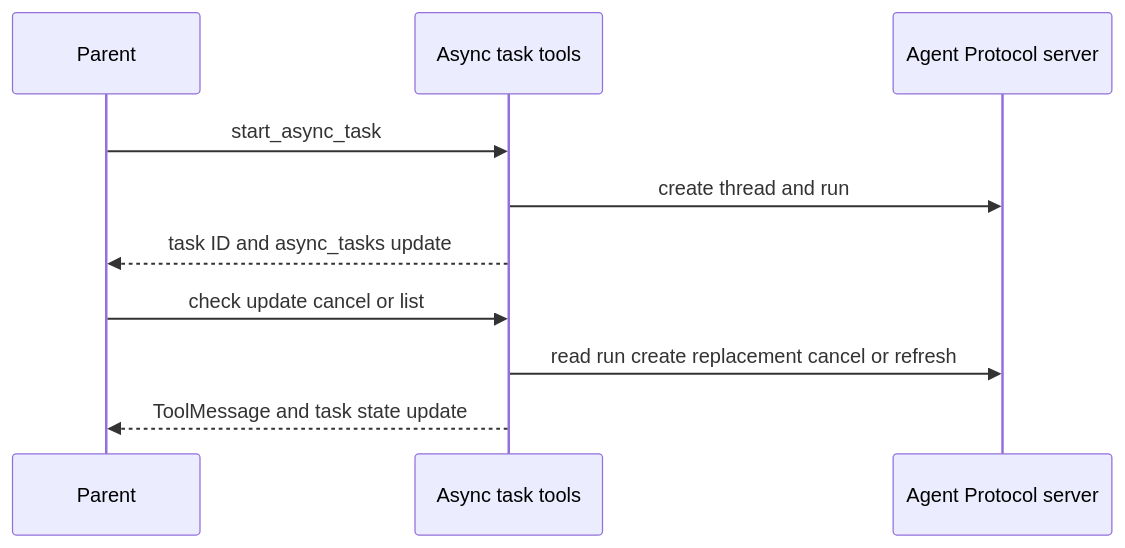
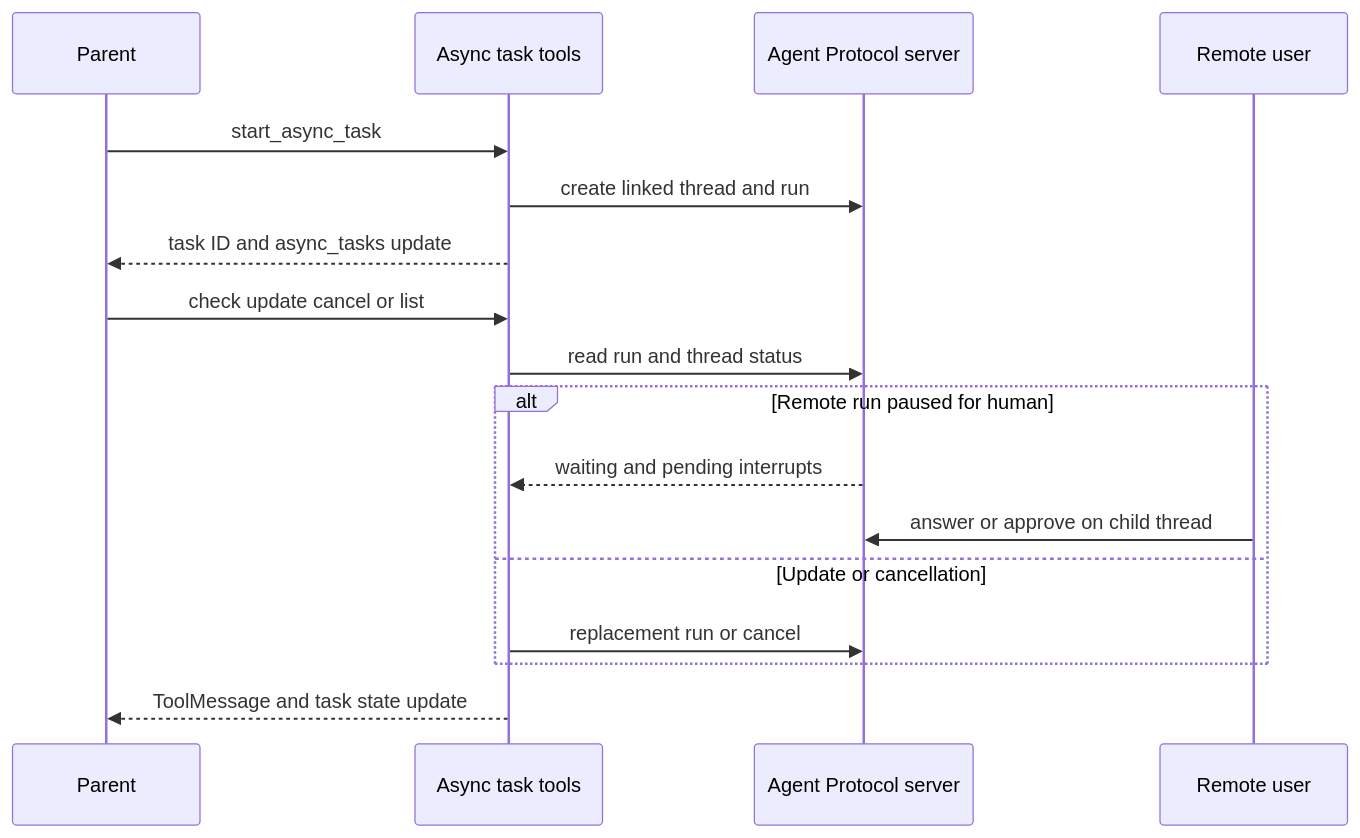
Before and after one commit to langchain-ai/deepagents: the second of 4 diagrams in openwiki/concepts/subagents-skills.md, drawn with Mermaid. The commit also changed other lines of this file and 30 other files, not shown here.

````diff
--- a/openwiki/concepts/subagents-skills.md
+++ b/openwiki/concepts/subagents-skills.md
@@ -88,12 +90,19 @@
 ```mermaid
 sequenceDiagram
     participant Parent
     participant AsyncTools as Async task tools
     participant Remote as Agent Protocol server
+    participant Human as Remote user
     Parent->>AsyncTools: start_async_task
-    AsyncTools->>Remote: create thread and run
+    AsyncTools->>Remote: create linked thread and run
     AsyncTools-->>Parent: task ID and async_tasks update
     Parent->>AsyncTools: check update cancel or list
-    AsyncTools->>Remote: read run create replacement cancel or refresh
+    AsyncTools->>Remote: read run and thread status
+    alt Remote run paused for human
+        Remote-->>AsyncTools: waiting and pending interrupts
+        Human->>Remote: answer or approve on child thread
+    else Update or cancellation
+        AsyncTools->>Remote: replacement run or cancel
+    end
     AsyncTools-->>Parent: ToolMessage and task state update
 ```
````
